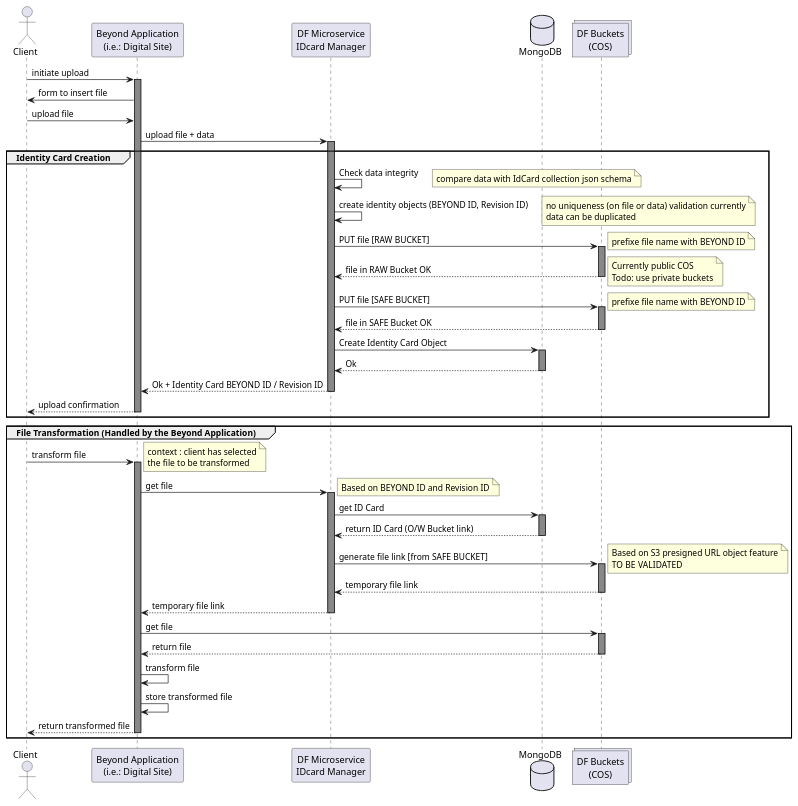
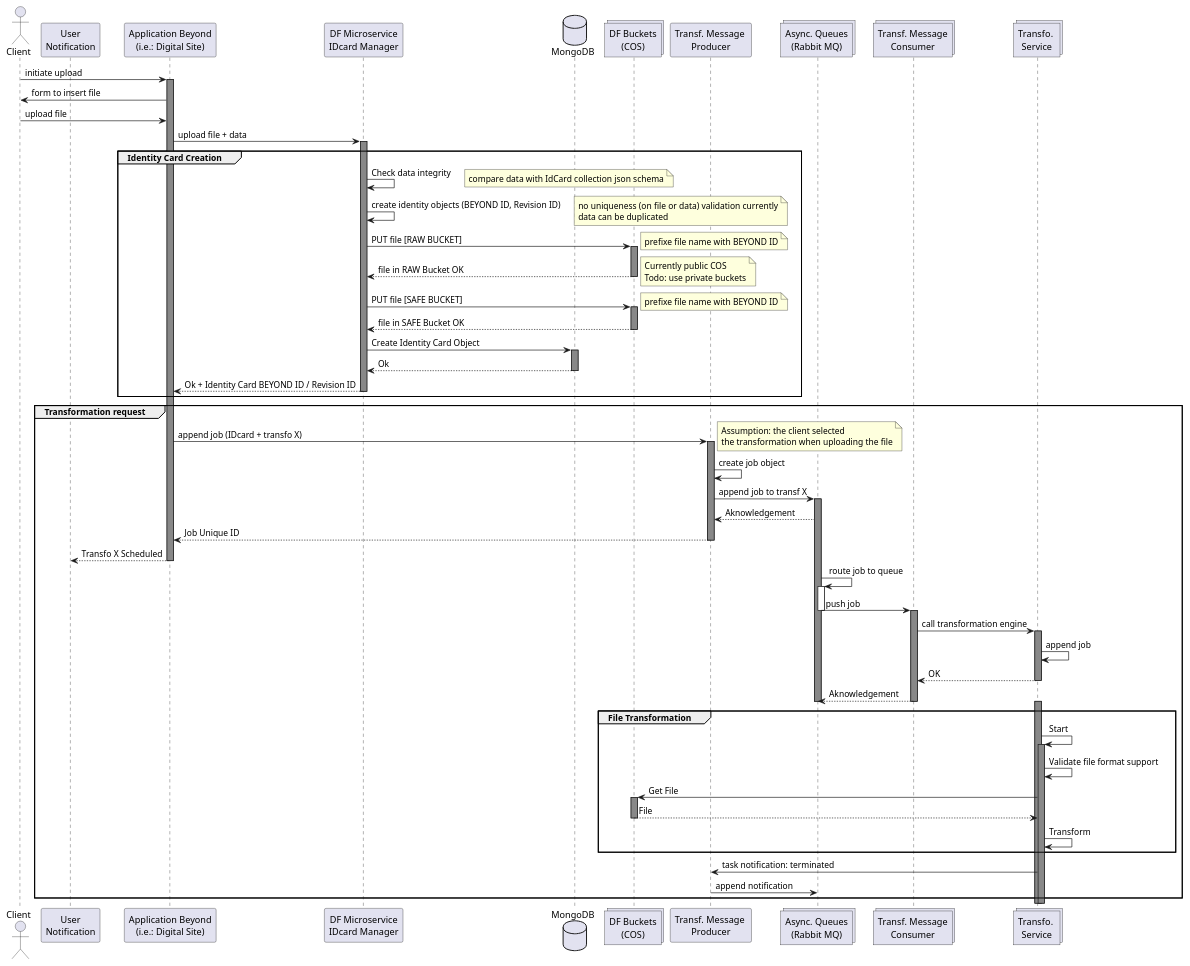
Before and after one commit to cogirep/documentation: the diagram in 01.byd-DataFactory/1.ArchitectureDossier/images/DiagramLibrary/0510.SeqIngestAndTransfoDF.puml, drawn with PlantUML. The commit also changed 2 other files, not shown here.

Commit message:
diag transfo df 1

```diff
--- a/01.byd-DataFactory/1.ArchitectureDossier/images/DiagramLibrary/0510.SeqIngestAndTransfoDF.puml
+++ b/01.byd-DataFactory/1.ArchitectureDossier/images/DiagramLibrary/0510.SeqIngestAndTransfoDF.puml
@@ -1,98 +1,112 @@
 @startuml
 actor Client
-participant "Beyond Application\n(i.e.: Digital Site)" as AppByd order 1
+participant "User\nNotification" as Notif order 0
+participant "Application Beyond\n(i.e.: Digital Site)" as AppByd order 1
 participant "DF Microservice\nIDcard Manager" as IDcard order 2
 database MongoDB order 3
 collections "DF Buckets\n(COS)" as COS order 4
+participant "Transf. Message \nProducer" as MsgProducer order 5
+collections "Async. Queues\n(Rabbit MQ)" as MoM order 6
+collections "Transf. Message\nConsumer" as MsgConsumer order 7
+collections "Transfo. \nService" as Transfo order 8
 
 Client -> AppByd : initiate upload
 activate AppByd #888888
 AppByd -> Client : form to insert file
 Client -> AppByd : upload file
 AppByd -> IDcard : upload file + data
 group Identity Card Creation
 activate IDcard #888888
 IDcard -> IDcard: Check data integrity
 note right
     compare data with IdCard collection json schema
 end note
 'IDcard -> IDcard : Validate uniqueness
 'IDcard -> MongoDB : check Identity uniqueness
 'activate MongoDB #888888
 'MongoDB --> IDcard : Ok
 'deactivate MongoDB
 'deactivate IDcard
 'activate IDcard 
 IDcard -> IDcard: create identity objects (BEYOND ID, Revision ID)
 note right
     no uniqueness (on file or data) validation currently
     data can be duplicated
 end note
 IDcard -> COS : PUT file [RAW BUCKET]
 note right
     prefixe file name with BEYOND ID
 end note
 activate COS #888888
 COS --> IDcard : file in RAW Bucket OK
 deactivate COS
 note right
     Currently public COS
     Todo: use private buckets
 end note
 IDcard -> COS : PUT file [SAFE BUCKET]
 note right
     prefixe file name with BEYOND ID
 end note
 activate COS #888888
 COS --> IDcard : file in SAFE Bucket OK
 deactivate COS
 IDcard -> MongoDB : Create Identity Card Object
 activate MongoDB #888888
 MongoDB --> IDcard : Ok
 deactivate MongoDB
 IDcard --> AppByd: Ok + Identity Card BEYOND ID / Revision ID
 deactivate IDcard 
 deactivate IDcard 
-AppByd --> Client : upload confirmation
-deactivate AppByd
+'AppByd --> Client : upload confirmation
 end
 
-group File Transformation (Handled by the Beyond Application) 
-Client -> AppByd : transform file
-activate AppByd #888888
+group Transformation request
+AppByd -> MsgProducer : append job (IDcard + transfo X)
 note right
-    context : client has selected
-    the file to be transformed
+    Assumption: the client selected
+    the transformation when uploading the file
 end note
-AppByd -> IDcard : get file
-note right
-    Based on BEYOND ID and Revision ID
-end note
-activate IDcard #888888
-IDcard -> MongoDB : get ID Card
-activate MongoDB #888888
-MongoDB --> IDcard : return ID Card (O/W Bucket link)
-deactivate MongoDB
-IDcard -> COS : generate file link [from SAFE BUCKET]
+activate MsgProducer #888888
+MsgProducer -> MsgProducer : create job object
+MsgProducer -> MoM : append job to transf X 
+activate MoM #888888
+MoM --> MsgProducer : Aknowledgement
+MsgProducer --> AppByd : Job Unique ID
+deactivate MsgProducer
+AppByd --> Notif: Transfo X Scheduled
+deactivate AppByd
+MoM -> MoM: route job to queue
+activate MoM
+MoM -> MsgConsumer: push job
+deactivate MoM
+activate MsgConsumer #888888
+MsgConsumer -> Transfo: call transformation engine
+activate Transfo #888888
+Transfo -> Transfo : append job
+Transfo --> MsgConsumer : OK
+deactivate Transfo
+MsgConsumer --> MoM : Aknowledgement
+deactivate MsgConsumer
+deactivate MoM
+deactivate MoM
+
+group File Transformation
+activate Transfo #888888
+Transfo -> Transfo: Start
+activate Transfo #888888
+Transfo -> Transfo: Validate file format support
+Transfo -> COS: Get File
 activate COS #888888
-note right
-    Based on S3 presigned URL object feature
-    TO BE VALIDATED
-end note
-COS --> IDcard : temporary file link
+COS --> Transfo: File
 deactivate COS
-IDcard --> AppByd: temporary file link
-deactivate IDcard
-AppByd -> COS : get file
-activate COS #888888
-COS --> AppByd : return file
-deactivate COS
-AppByd -> AppByd : transform file
-AppByd -> AppByd : store transformed file
-AppByd --> Client : return transformed file
+Transfo -> Transfo: Transform
+end
+Transfo -> MsgProducer: task notification: terminated 
+MsgProducer -> MoM: append notification
+end
+
 deactivate AppByd
-
-end
 
 
 @enduml
```
